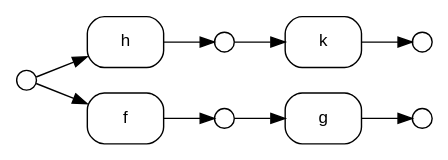
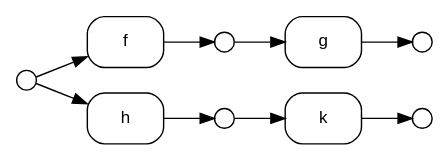
Before and after one commit to ammatsui/bhypvis: the diagram in example_pushout_result.dot, drawn with Graphviz. The commit also changed 304 other files, not shown here.

```diff
--- a/example_pushout_result.dot
+++ b/example_pushout_result.dot
@@ -1,32 +1,32 @@
 digraph G {
   fontname="Helvetica"
   fontsize=12
   rankdir=LR;
   node [fontname="Helvetica", fontsize=12];
   edge [fontname="Helvetica", fontsize=12];
 
   // Nodes
-  n1 [label="", shape=circle, style=filled, fillcolor=white, color="black", width=0.2, height=0.2, fixedsize=true];
-  n2 [label="", shape=circle, style=filled, fillcolor=white, color="black", width=0.2, height=0.2, fixedsize=true];
   n4 [label="", shape=circle, style=filled, fillcolor=white, color="black", width=0.2, height=0.2, fixedsize=true];
   n0 [label="", shape=circle, style=filled, fillcolor=white, color="black", width=0.2, height=0.2, fixedsize=true];
+  n2 [label="", shape=circle, style=filled, fillcolor=white, color="black", width=0.2, height=0.2, fixedsize=true];
+  n1 [label="", shape=circle, style=filled, fillcolor=white, color="black", width=0.2, height=0.2, fixedsize=true];
   n3 [label="", shape=circle, style=filled, fillcolor=white, color="black", width=0.2, height=0.2, fixedsize=true];
 
   // Hyperedges
+  e0 [label="g", shape=box, style=rounded, color="black"];
+  e1 [label="f", shape=box, style=rounded, color="black"];
+  e3 [label="k", shape=box, style=rounded, color="black"];
   e2 [label="h", shape=box, style=rounded, color="black"];
-  e0 [label="f", shape=box, style=rounded, color="black"];
-  e3 [label="k", shape=box, style=rounded, color="black"];
-  e1 [label="g", shape=box, style=rounded, color="black"];
 
   // Source connections
+  n2 -> e0 [label=""];
+  n0 -> e1 [label=""];
+  n3 -> e3 [label=""];
   n0 -> e2 [label=""];
-  n0 -> e0 [label=""];
-  n3 -> e3 [label=""];
-  n1 -> e1 [label=""];
 
   // Target connections
+  e0 -> n1 [label=""];
+  e1 -> n2 [label=""];
+  e3 -> n4 [label=""];
   e2 -> n3 [label=""];
-  e0 -> n1 [label=""];
-  e3 -> n4 [label=""];
-  e1 -> n2 [label=""];
 }
```
